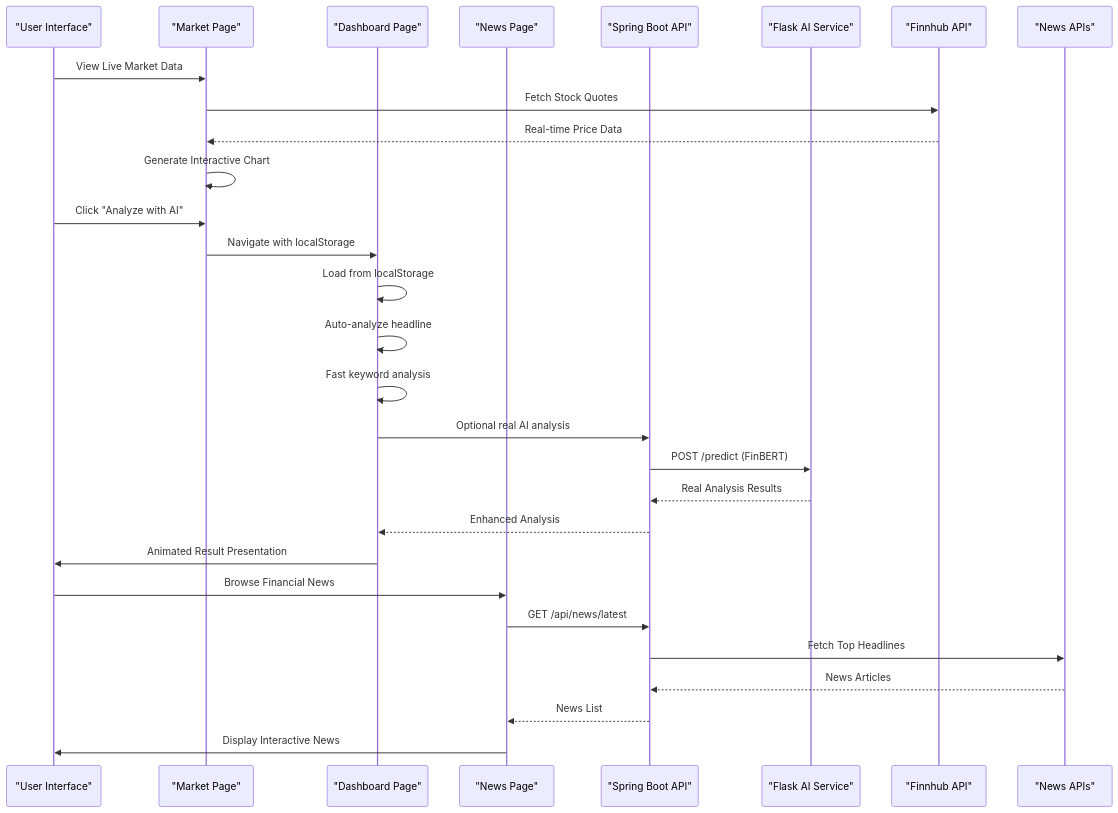
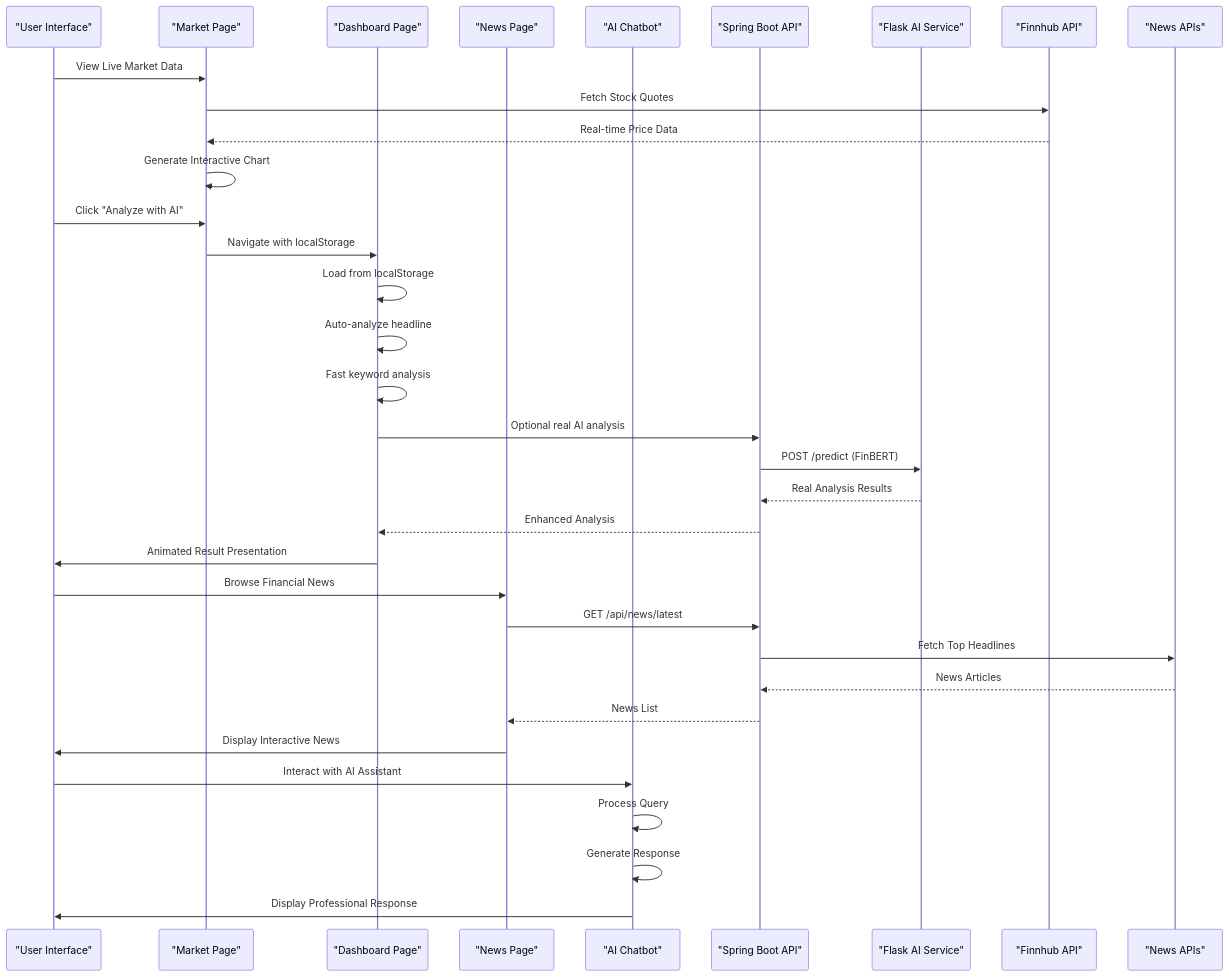
The second of 8 diagrams in .qoder/repowiki/en/content/JavaScript Implementation.md (ayushtiwari1526/TheReinforcers_AyushTiwari), drawn with Mermaid before and after one commit. The commit also changed other lines of this file and 9 other files, not shown here.

````diff
--- a/.qoder/repowiki/en/content/JavaScript Implementation.md
+++ b/.qoder/repowiki/en/content/JavaScript Implementation.md
@@ -164,31 +179,36 @@
 ```mermaid
 sequenceDiagram
 participant User as "User Interface"
 participant Market as "Market Page"
 participant Dashboard as "Dashboard Page"
 participant News as "News Page"
+participant Chatbot as "AI Chatbot"
 participant Backend as "Spring Boot API"
 participant AI as "Flask AI Service"
 participant Finnhub as "Finnhub API"
 participant NewsAPI as "News APIs"
 User->>Market : View Live Market Data
 Market->>Finnhub : Fetch Stock Quotes
 Finnhub-->>Market : Real-time Price Data
 Market->>Market : Generate Interactive Chart
 User->>Market : Click "Analyze with AI"
 Market->>Dashboard : Navigate with localStorage
 Dashboard->>Dashboard : Load from localStorage
 Dashboard->>Dashboard : Auto-analyze headline
 Dashboard->>Dashboard : Fast keyword analysis
 Dashboard->>Backend : Optional real AI analysis
 Backend->>AI : POST /predict (FinBERT)
 AI-->>Backend : Real Analysis Results
 Backend-->>Dashboard : Enhanced Analysis
 Dashboard->>User : Animated Result Presentation
 User->>News : Browse Financial News
 News->>Backend : GET /api/news/latest
 Backend->>NewsAPI : Fetch Top Headlines
 NewsAPI-->>Backend : News Articles
 Backend-->>News : News List
 News->>User : Display Interactive News
+User->>Chatbot : Interact with AI Assistant
+Chatbot->>Chatbot : Process Query
+Chatbot->>Chatbot : Generate Response
+Chatbot->>User : Display Professional Response
 ```
````
